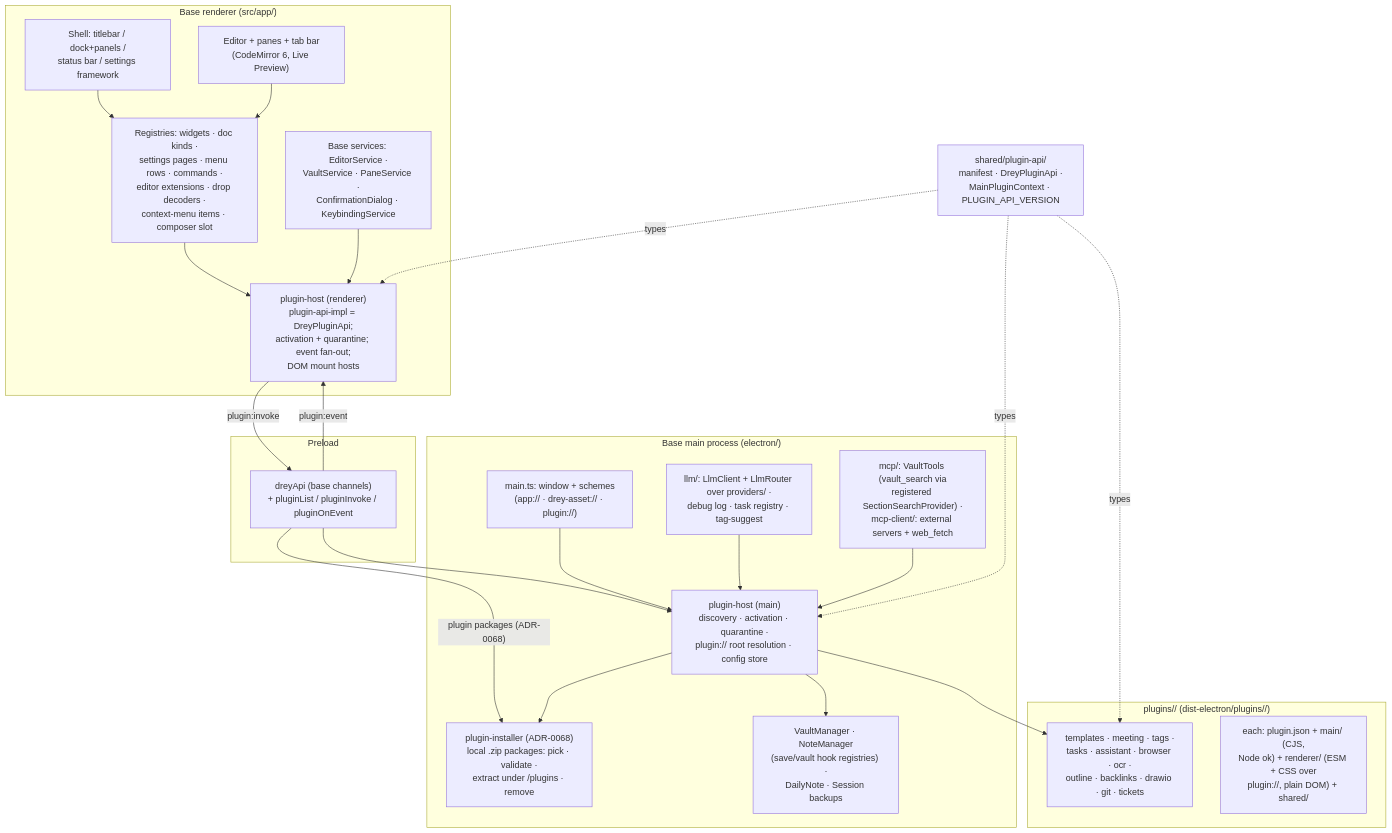
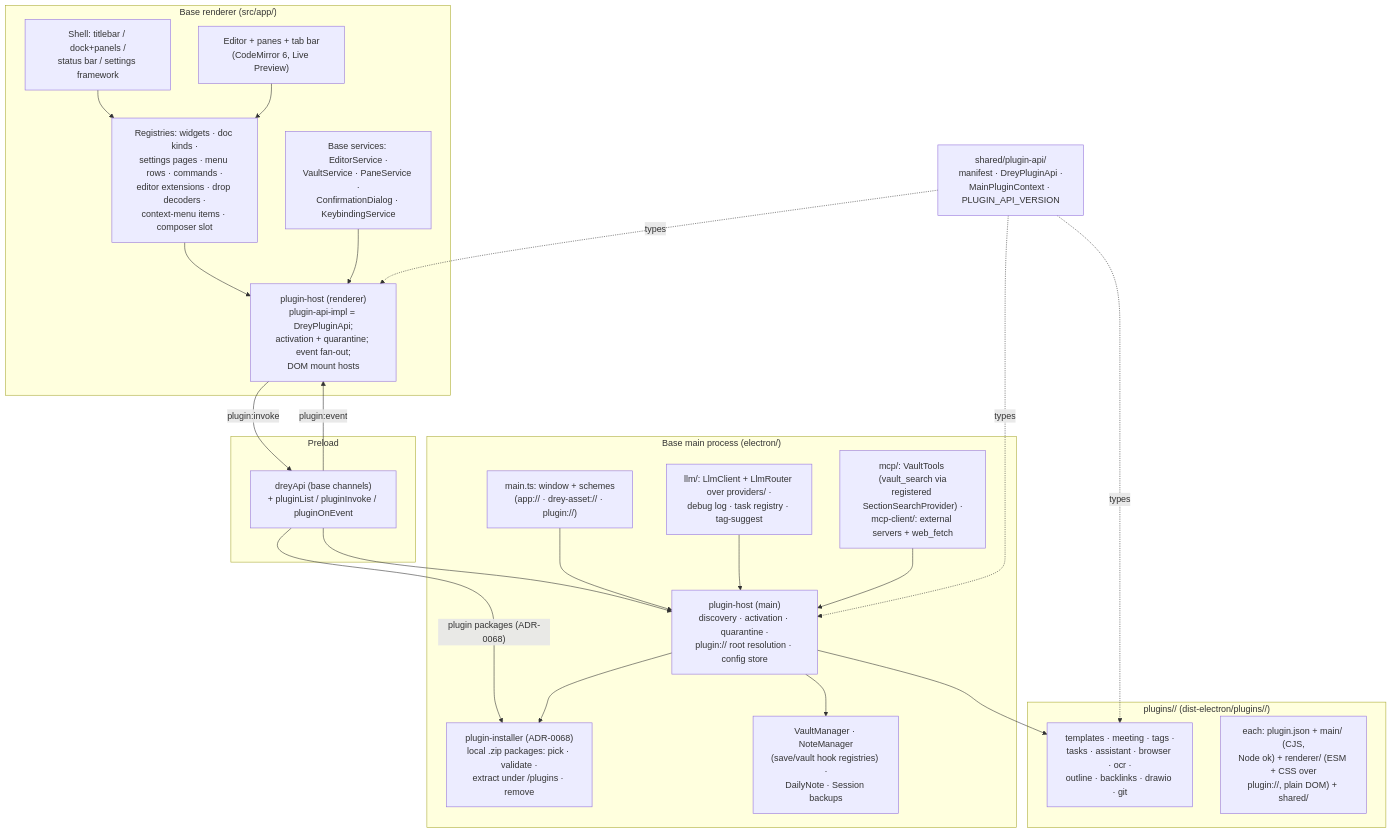
One commit to HenrikPuls/Drey changed the second of 5 diagrams in docs/05_building_block_view.md. Above: the diagram before and after it, drawn with Mermaid. The commit also changed other lines of this file and 244 other files, not shown here.

````diff
--- a/docs/05_building_block_view.md
+++ b/docs/05_building_block_view.md
@@ -282,44 +281,44 @@
 ```mermaid
 graph TB
     subgraph PR["Base renderer (src/app/)"]
         Shell["Shell: titlebar / dock+panels /<br/>status bar / settings framework"]
         Editor["Editor + panes + tab bar<br/>(CodeMirror 6, Live Preview)"]
         Registries["Registries: widgets · doc kinds ·<br/>settings pages · menu rows · commands ·<br/>editor extensions · drop decoders ·<br/>context-menu items · composer slot"]
         HostR["plugin-host (renderer)<br/>plugin-api-impl = DreyPluginApi;<br/>activation + quarantine; event fan-out;<br/>DOM mount hosts"]
         Services["Base services: EditorService ·<br/>VaultService · PaneService ·<br/>ConfirmationDialog · KeybindingService"]
     end
     subgraph Preload["Preload"]
         Bridge["dreyApi (base channels)<br/>+ pluginList / pluginInvoke / pluginOnEvent"]
     end
     subgraph Main["Base main process (electron/)"]
         MainTs["main.ts: window + schemes<br/>(app:// · drey-asset:// · plugin://)"]
         HostM["plugin-host (main)<br/>discovery · activation · quarantine ·<br/>plugin:// root resolution · config store"]
         Installer["plugin-installer (ADR-0068)<br/>local .zip packages: pick · validate ·<br/>extract under <userData>/plugins · remove"]
         IO["VaultManager · NoteManager<br/>(save/vault hook registries) ·<br/>DailyNote · Session backups"]
         LLM["llm/: LlmClient + LlmRouter over providers/ ·<br/>debug log · task registry · tag-suggest"]
         MCP["mcp/: VaultTools (vault_search via<br/>registered SectionSearchProvider) ·<br/>mcp-client/: external servers + web_fetch"]
     end
     subgraph Plugins["plugins/<id>/  (dist-electron/plugins/<id>/)"]
-        P1["templates · meeting · tags ·<br/>tasks · assistant · browser · ocr ·<br/>outline · backlinks · drawio · git · tickets"]
+        P1["templates · meeting · tags ·<br/>tasks · assistant · browser · ocr ·<br/>outline · backlinks · drawio · git"]
         P2["each: plugin.json + main/ (CJS,<br/>Node ok) + renderer/ (ESM + CSS over<br/>plugin://, plain DOM) + shared/"]
     end
     SDK["shared/plugin-api/<br/>manifest · DreyPluginApi ·<br/>MainPluginContext · PLUGIN_API_VERSION"]
 
     Shell --> Registries
     Registries --> HostR
     Editor --> Registries
     HostR -->|"plugin:invoke"| Bridge
     Bridge -->|"plugin:event"| HostR
     Bridge --> HostM
     Bridge -->|"plugin packages (ADR-0068)"| Installer
     HostM --> P1
     MainTs --> HostM
     HostM --> IO
     HostM --> Installer
     Services --> HostR
     LLM --> HostM
     MCP --> HostM
     SDK -.->|types| HostR
     SDK -.->|types| HostM
     SDK -.->|types| P1
 ```
````
